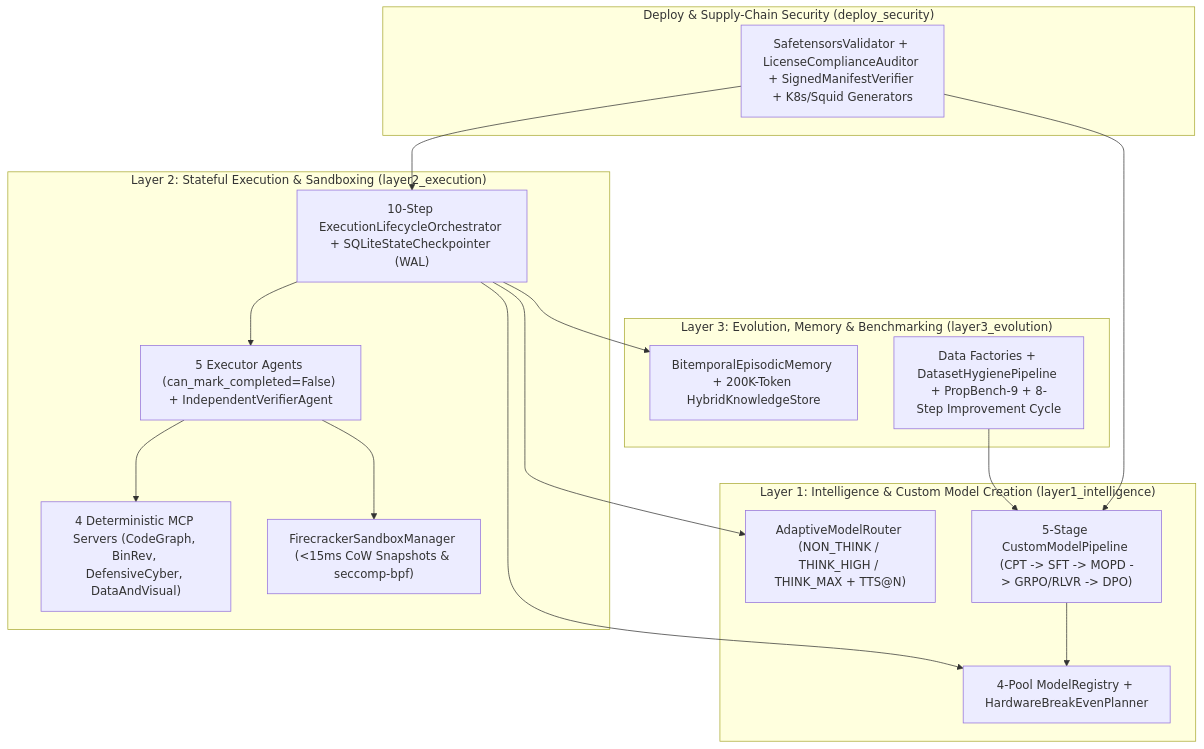
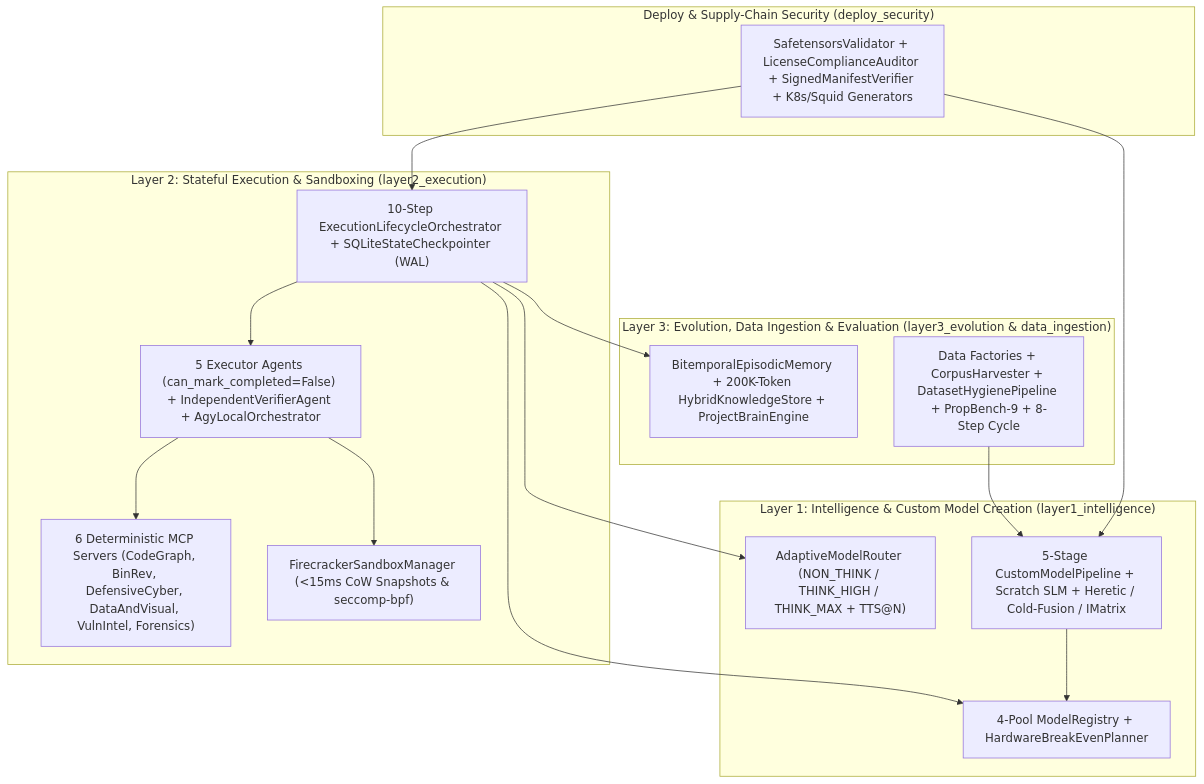
Before and after one commit to gballa/ai-model-platform: the first of 2 diagrams in README.md, drawn with Mermaid. The commit also changed other lines of this file and 40 other files, not shown here.

Commit message:
docs: update architecture documentation, agent topology, and symbol indexes

````diff
--- a/README.md
+++ b/README.md
@@ -71,35 +72,35 @@
 ```mermaid
 flowchart TB
     subgraph L1["Layer 1: Intelligence & Custom Model Creation (layer1_intelligence)"]
         Registry["4-Pool ModelRegistry + HardwareBreakEvenPlanner"]
         Router["AdaptiveModelRouter (NON_THINK / THINK_HIGH / THINK_MAX + TTS@N)"]
-        Pipeline["5-Stage CustomModelPipeline (CPT -> SFT -> MOPD -> GRPO/RLVR -> DPO)"]
+        Pipeline["5-Stage CustomModelPipeline + Scratch SLM + Heretic / Cold-Fusion / IMatrix"]
     end
 
     subgraph L2["Layer 2: Stateful Execution & Sandboxing (layer2_execution)"]
         Orch["10-Step ExecutionLifecycleOrchestrator + SQLiteStateCheckpointer (WAL)"]
-        Agents["5 Executor Agents (can_mark_completed=False) + IndependentVerifierAgent"]
-        MCP["4 Deterministic MCP Servers (CodeGraph, BinRev, DefensiveCyber, DataAndVisual)"]
+        Agents["5 Executor Agents (can_mark_completed=False) + IndependentVerifierAgent + AgyLocalOrchestrator"]
+        MCP["6 Deterministic MCP Servers (CodeGraph, BinRev, DefensiveCyber, DataAndVisual, VulnIntel, Forensics)"]
         Sandbox["FirecrackerSandboxManager (<15ms CoW Snapshots & seccomp-bpf)"]
     end
 
-    subgraph L3["Layer 3: Evolution, Memory & Benchmarking (layer3_evolution)"]
-        Memory["BitemporalEpisodicMemory + 200K-Token HybridKnowledgeStore"]
-        Evolution["Data Factories + DatasetHygienePipeline + PropBench-9 + 8-Step Improvement Cycle"]
+    subgraph L3["Layer 3: Evolution, Data Ingestion & Evaluation (layer3_evolution & data_ingestion)"]
+        Memory["BitemporalEpisodicMemory + 200K-Token HybridKnowledgeStore + ProjectBrainEngine"]
+        Evolution["Data Factories + CorpusHarvester + DatasetHygienePipeline + PropBench-9 + 8-Step Cycle"]
     end
 
     subgraph Sec["Deploy & Supply-Chain Security (deploy_security)"]
         Governance["SafetensorsValidator + LicenseComplianceAuditor + SignedManifestVerifier + K8s/Squid Generators"]
     end
 
     Orch --> Registry
     Orch --> Router
     Orch --> Agents
     Agents --> MCP
     Agents --> Sandbox
     Orch --> Memory
     Evolution --> Pipeline
     Pipeline --> Registry
     Governance --> Orch
     Governance --> Pipeline
 ```
````
